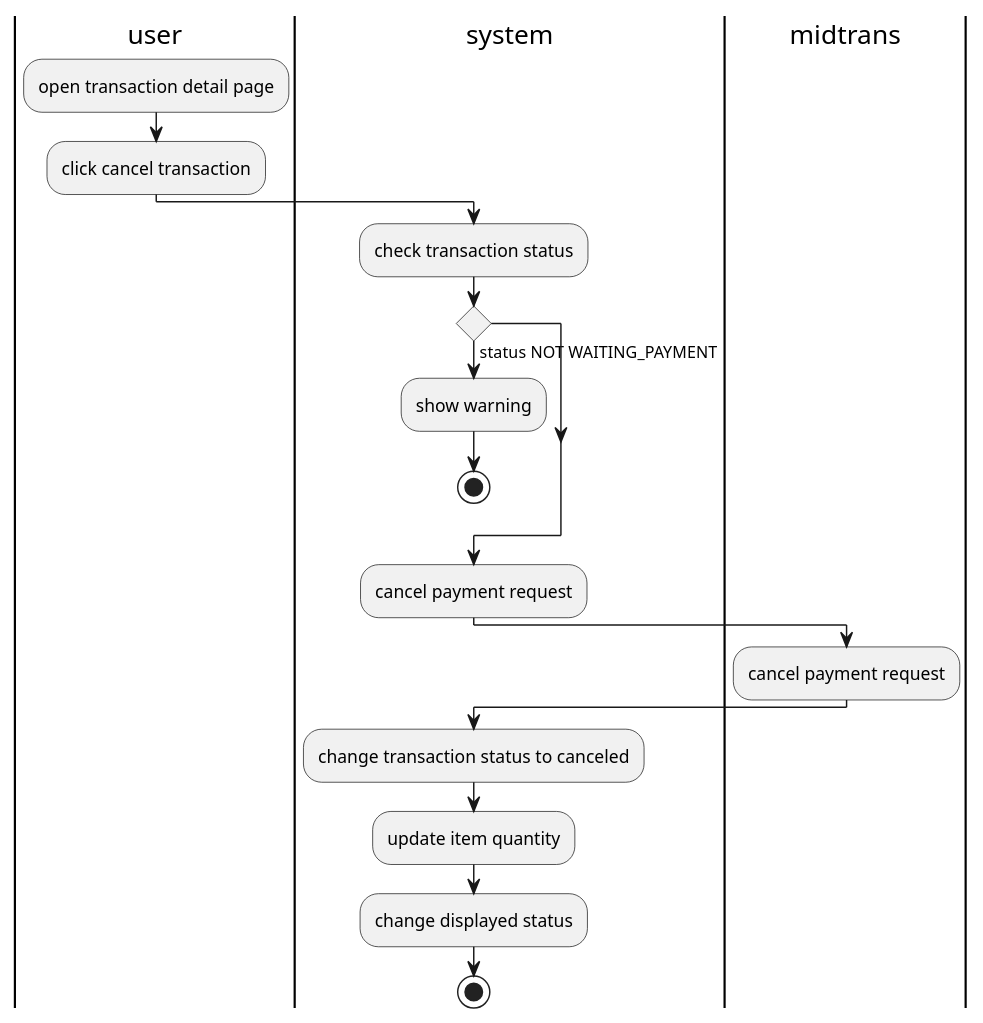
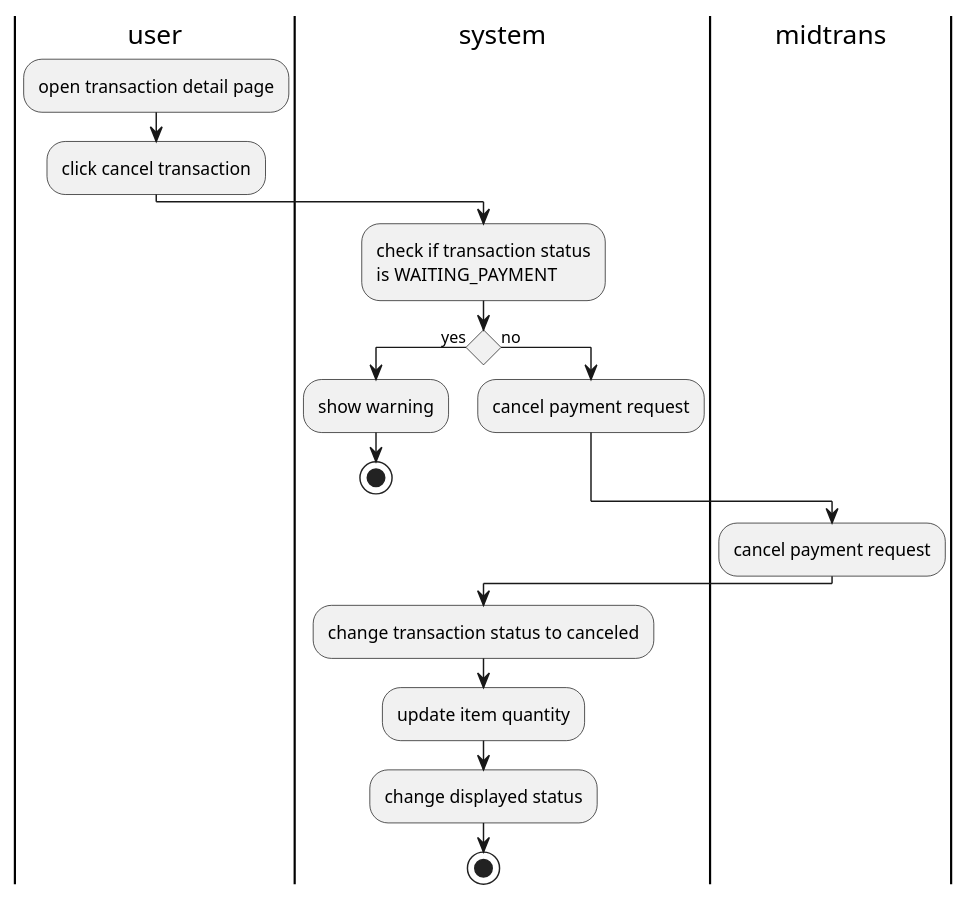
The diagram in uml diagram/activity diagram/transaction/cancel transaction.pu (aldihsuhandi/skripsi-2023), drawn with PlantUML before and after one commit. The commit also changed 15 other files, not shown here.

Commit message:
add missing true false annotations in activity diagram

```diff
--- a/uml diagram/activity diagram/transaction/cancel transaction.pu
+++ b/uml diagram/activity diagram/transaction/cancel transaction.pu
@@ -1,24 +1,25 @@
 @startuml cancel transaction
 
 |user|
 :open transaction detail page;
 :click cancel transaction;
 |system|
-:check transaction status;
-if() then(status NOT WAITING_PAYMENT)
+:check if transaction status
+is WAITING_PAYMENT;
+if() then(yes)
     |system|
     :show warning;
     stop
+else (no)
+    |system|
+    :cancel payment request;
 endif
-
-|system|
-:cancel payment request;
 |midtrans|
 :cancel payment request;
 |system|
 :change transaction status to canceled;
 :update item quantity;
 :change displayed status;
 stop
 
 @enduml
```
